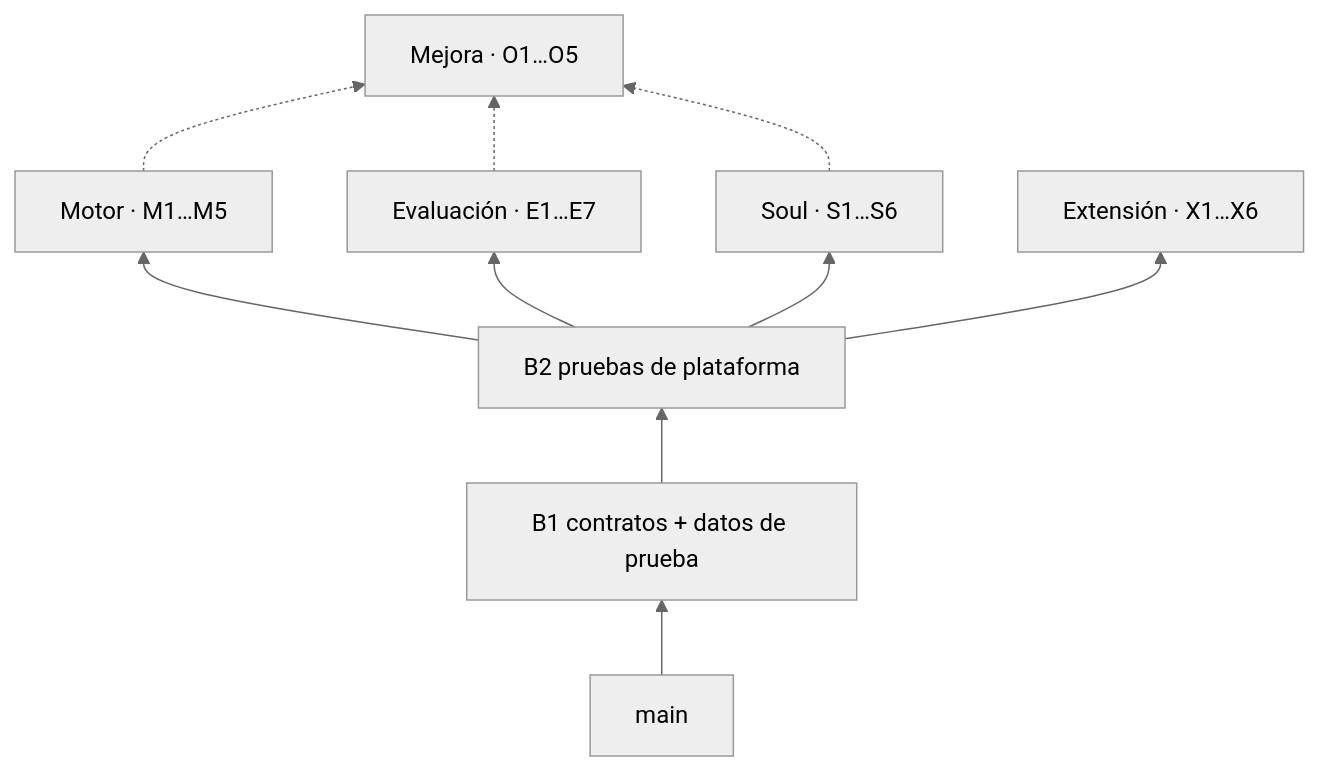
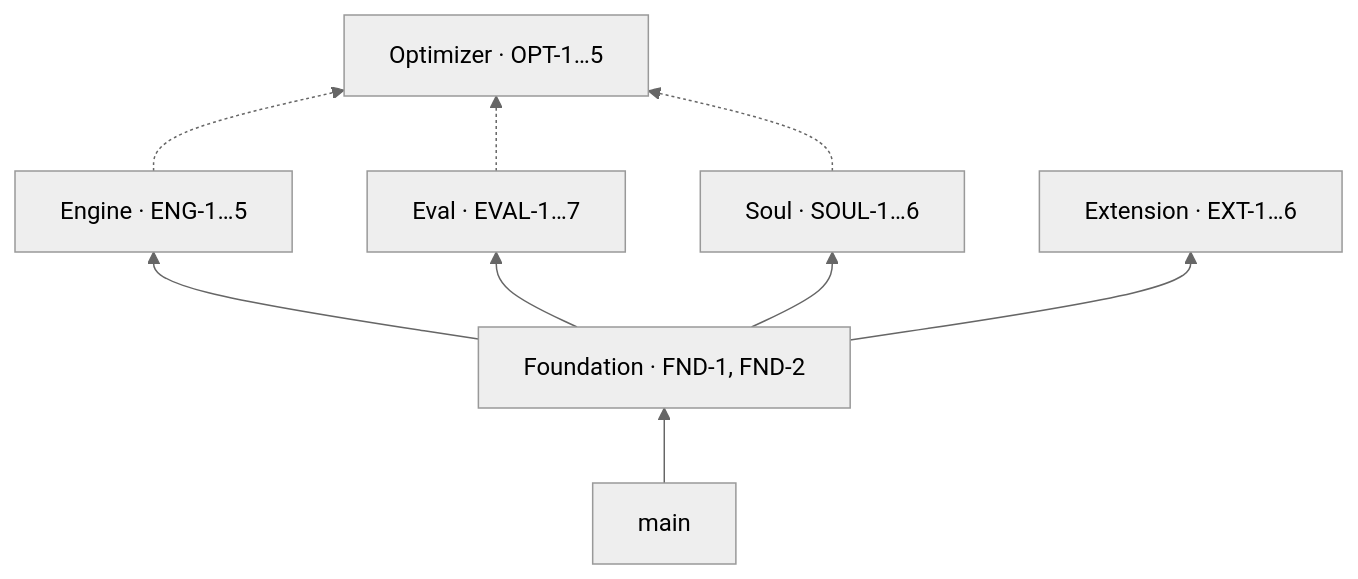
Before and after one commit to platanus-hack/platanus-hack-26-cl-team-36: the diagram in specs/README.md, drawn with Mermaid (neutral theme). The commit also changed other lines of this file and 15 other files, not shown here.

````diff
--- a/specs/README.md
+++ b/specs/README.md
@@ -74,12 +83,11 @@
 ```mermaid
 graph BT
-  main --> B1["B1 contratos + datos de prueba"]
-  B1 --> B2["B2 pruebas de plataforma"]
-  B2 --> M1["Motor · M1…M5"]
-  B2 --> E1["Evaluación · E1…E7"]
-  B2 --> S1["Soul · S1…S6"]
-  B2 --> X1["Extensión · X1…X6"]
-  M1 -.-> O1["Mejora · O1…O5"]
-  E1 -.-> O1
-  S1 -.-> O1
+  main --> FND["Foundation · FND-1, FND-2"]
+  FND --> ENG["Engine · ENG-1…5"]
+  FND --> EVAL["Eval · EVAL-1…7"]
+  FND --> SOUL["Soul · SOUL-1…6"]
+  FND --> EXT["Extension · EXT-1…6"]
+  ENG -.-> OPT["Optimizer · OPT-1…5"]
+  EVAL -.-> OPT
+  SOUL -.-> OPT
 ```
````
